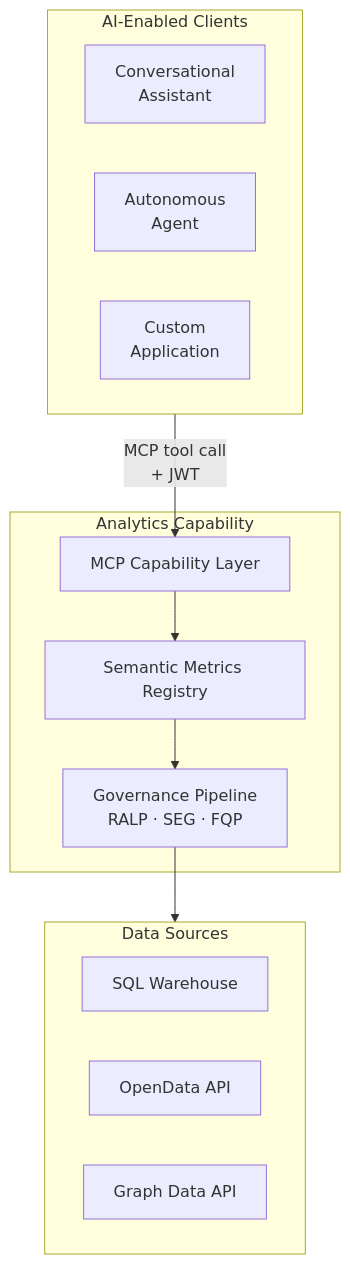
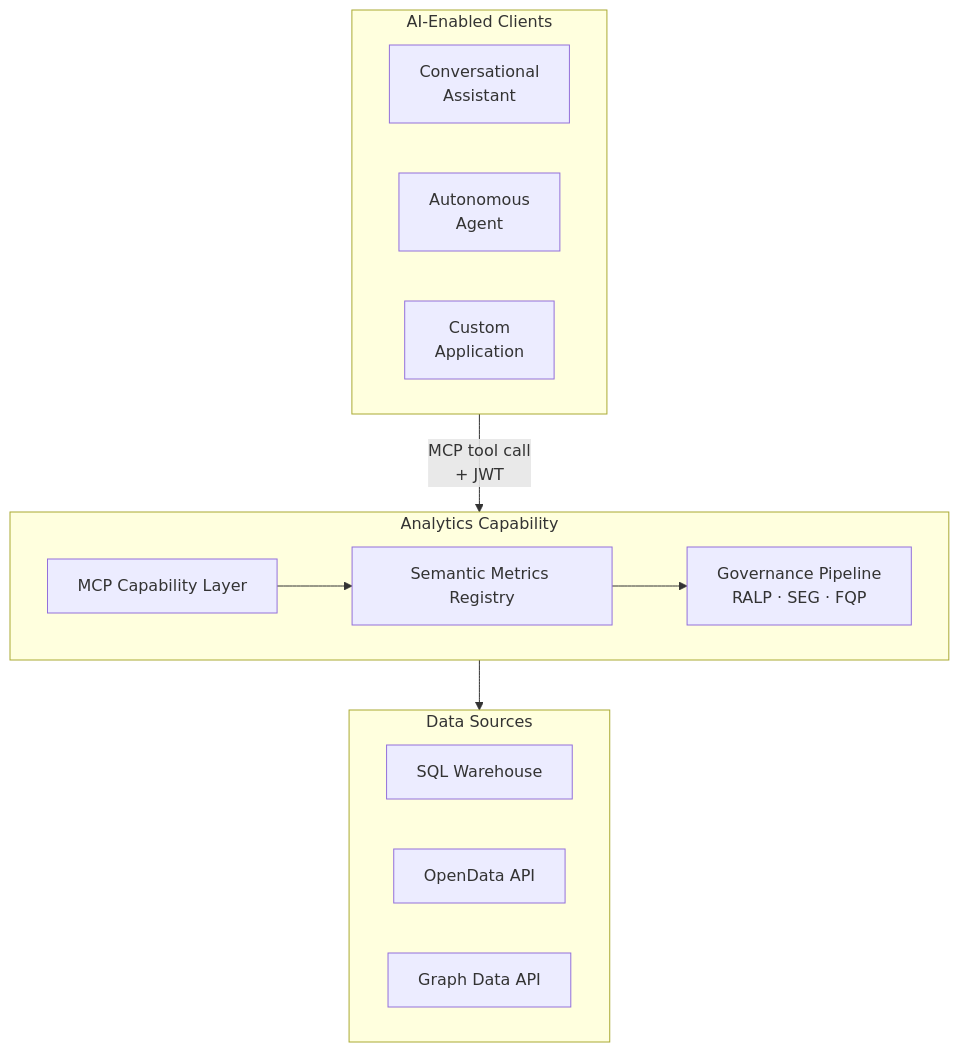
One commit to M-A-Operating-System/shared-work changed the diagram in docs/product/analytics/01-platform-overview.md. Above: the diagram before and after it, drawn with Mermaid.

Commit message:
Update mermaid diagram in platform overview

````diff
--- a/docs/product/analytics/01-platform-overview.md
+++ b/docs/product/analytics/01-platform-overview.md
@@ -95,25 +95,28 @@
 ```mermaid
 flowchart TB
     subgraph clients["AI-Enabled Clients"]
+        direction LR
         A1["Conversational\nAssistant"]
         A2["Autonomous\nAgent"]
         A3["Custom\nApplication"]
     end
 
     subgraph platform["Analytics Capability"]
+        direction LR
         B1["MCP Capability Layer"]
         B2["Semantic Metrics Registry"]
         B3["Governance Pipeline\nRALP · SEG · FQP"]
     end
 
     subgraph data["Data Sources"]
+         direction LR
         C1["SQL Warehouse"]
         C2["OpenData API"]
         C3["Graph Data API"]
     end
 
     clients -->|"MCP tool call\n+ JWT"| B1
     B1 --> B2
     B2 --> B3
     B3 --> data
 ```
````
